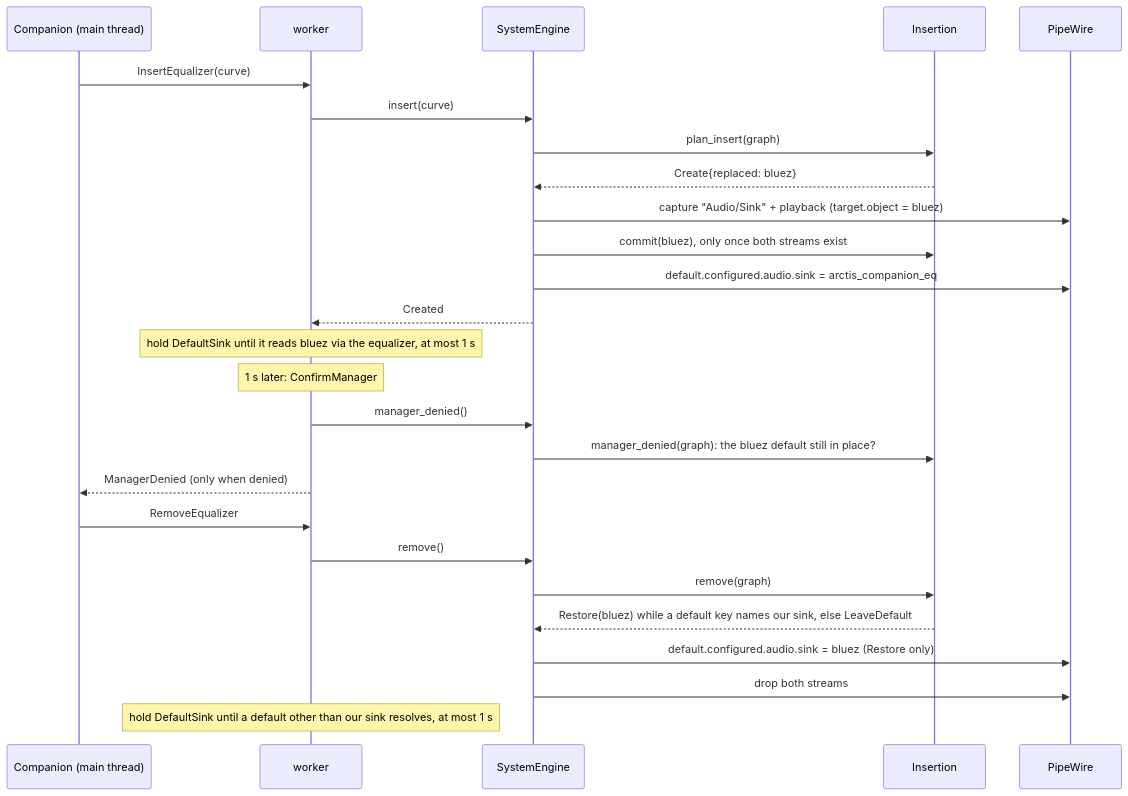
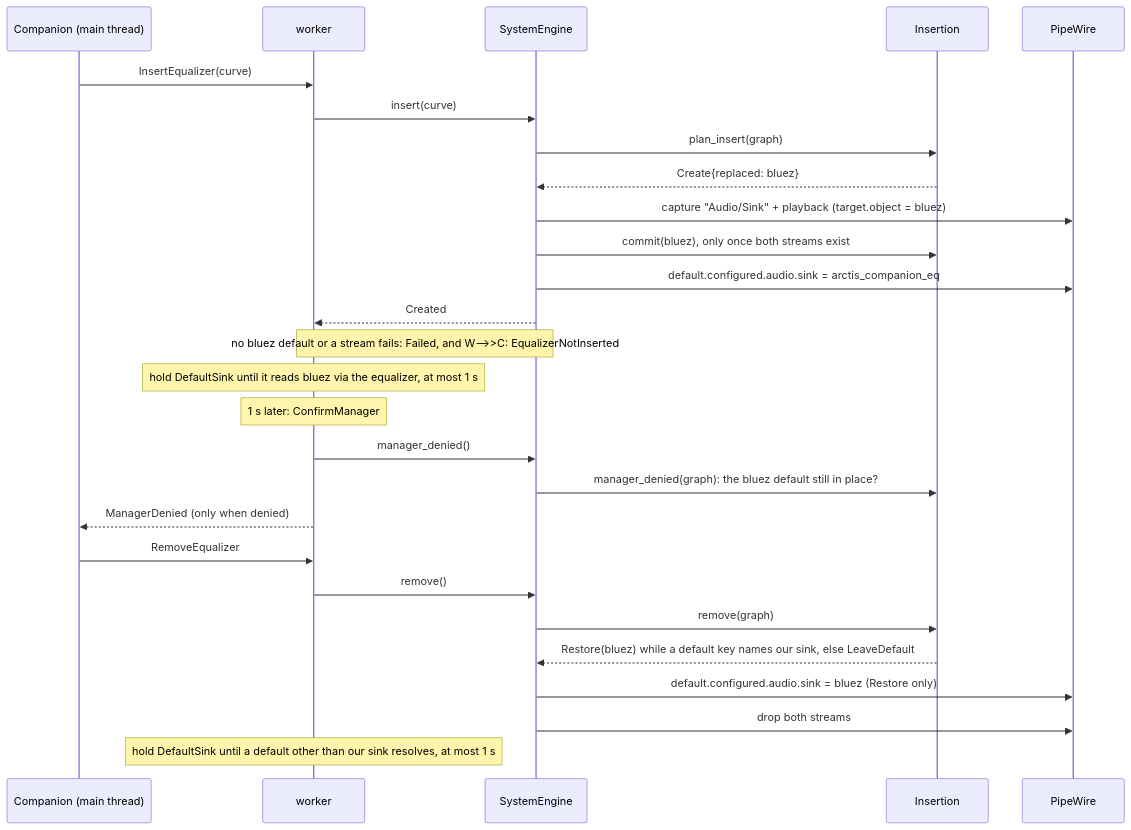
One commit to marcelogm/arctis-companion changed the third of 5 diagrams in docs/architecture/audio.md. Above: the diagram before and after it, drawn with Mermaid. The commit also changed 9 other files, not shown here.

Commit message:
fix(audio): report an equalizer that was not inserted so it is retried

````diff
--- a/docs/architecture/audio.md
+++ b/docs/architecture/audio.md
@@ -91,28 +91,29 @@
 ```mermaid
 sequenceDiagram
     participant C as Companion (main thread)
     participant W as worker
     participant E as SystemEngine
     participant O as Insertion
     participant P as PipeWire
     C->>W: InsertEqualizer(curve)
     W->>E: insert(curve)
     E->>O: plan_insert(graph)
     O-->>E: Create{replaced: bluez}
     E->>P: capture "Audio/Sink" + playback (target.object = bluez)
     E->>O: commit(bluez), only once both streams exist
     E->>P: default.configured.audio.sink = arctis_companion_eq
     E-->>W: Created
+    Note over E,W: no bluez default or a stream fails: Failed, and W-->>C: EqualizerNotInserted
     Note over W: hold DefaultSink until it reads bluez via the equalizer, at most 1 s
     Note over W: 1 s later: ConfirmManager
     W->>E: manager_denied()
     E->>O: manager_denied(graph): the bluez default still in place?
     W-->>C: ManagerDenied (only when denied)
     C->>W: RemoveEqualizer
     W->>E: remove()
     E->>O: remove(graph)
     O-->>E: Restore(bluez) while a default key names our sink, else LeaveDefault
     E->>P: default.configured.audio.sink = bluez (Restore only)
     E->>P: drop both streams
     Note over W: hold DefaultSink until a default other than our sink resolves, at most 1 s
 ```
````
